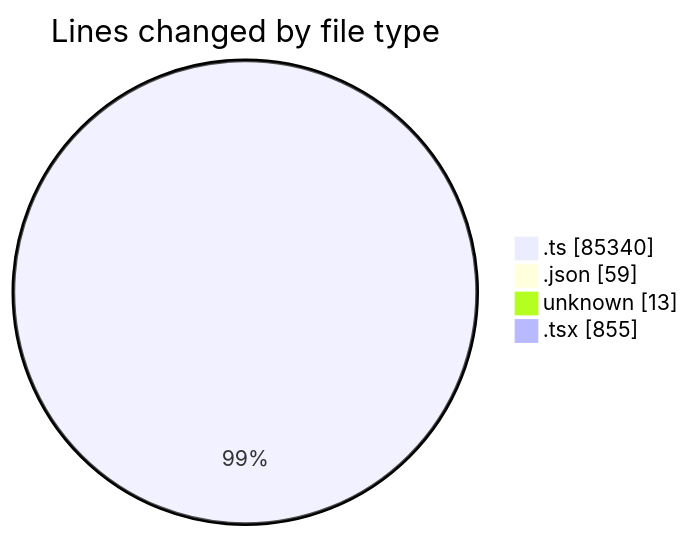
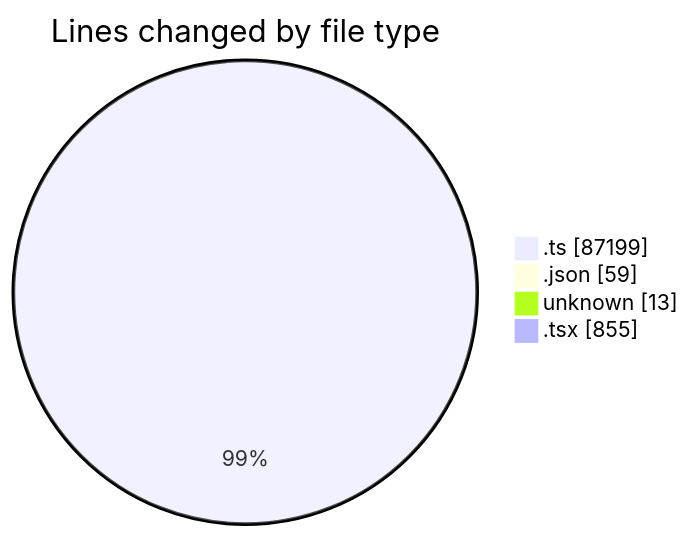
Before and after one commit to momahboobian/code-tracking: the first of 2 diagrams in 2025-09-09/cda/README.md, drawn with Mermaid. The commit also changed other lines of this file and 1 other file, not shown here.

````diff
--- a/2025-09-09/cda/README.md
+++ b/2025-09-09/cda/README.md
@@ -129,8 +131,8 @@
 ```mermaid
 pie showData
 title Lines changed by file type
-".ts" : 85340
+".ts" : 87199
 ".json" : 59
 "unknown" : 13
 ".tsx" : 855
 ```
````
